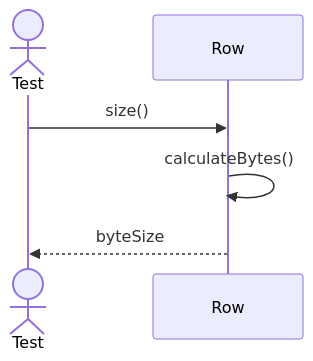
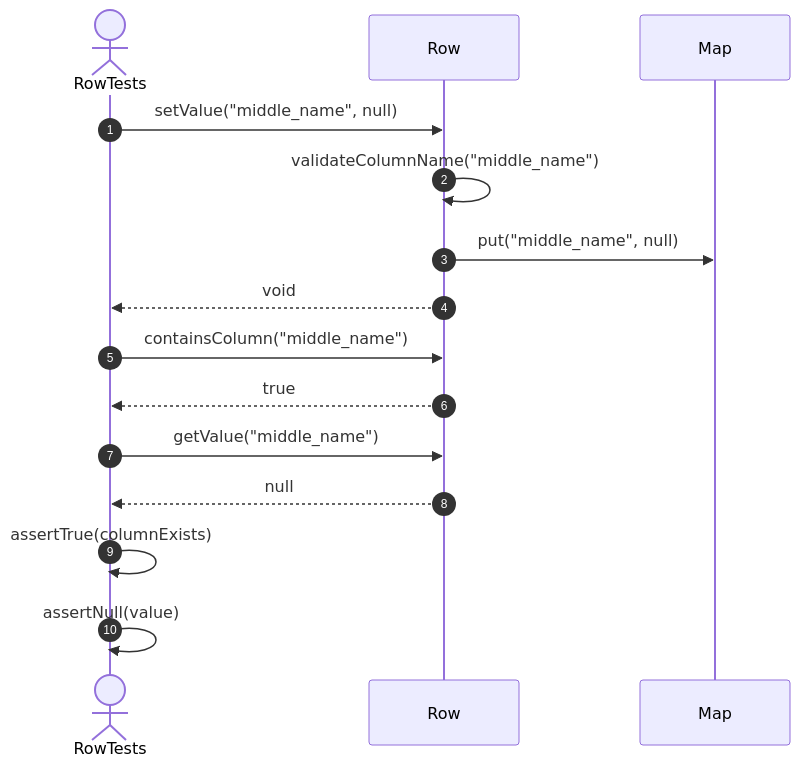
The ninth of 33 diagrams in src/tests/unit/metadata/sequences/rows-testing.se.md (FhuAnn/-bbv-AN-s-DBMS), drawn with Mermaid before and after one commit. The commit also changed other lines of this file and 60 other files, not shown here.

Commit message:
refactor data table, row, column, constraint, index test file

````diff
--- a/src/tests/unit/metadata/sequences/rows-testing.se.md
+++ b/src/tests/unit/metadata/sequences/rows-testing.se.md
@@ -143,11 +235,24 @@
 ```mermaid
 sequenceDiagram
-actor Test
-participant Row
+    autonumber
 
-Test->>Row: size()
+    actor Test as RowTests
+    participant Row as Row
+    participant Values as Map
 
-Row->>Row: calculateBytes()
+    Test->>Row: setValue("middle_name", null)
 
-Row-->>Test: byteSize
+    Row->>Row: validateColumnName("middle_name")
+    Row->>Values: put("middle_name", null)
+
+    Row-->>Test: void
+
+    Test->>Row: containsColumn("middle_name")
+    Row-->>Test: true
+
+    Test->>Row: getValue("middle_name")
+    Row-->>Test: null
+
+    Test->>Test: assertTrue(columnExists)
+    Test->>Test: assertNull(value)
 ```
````
